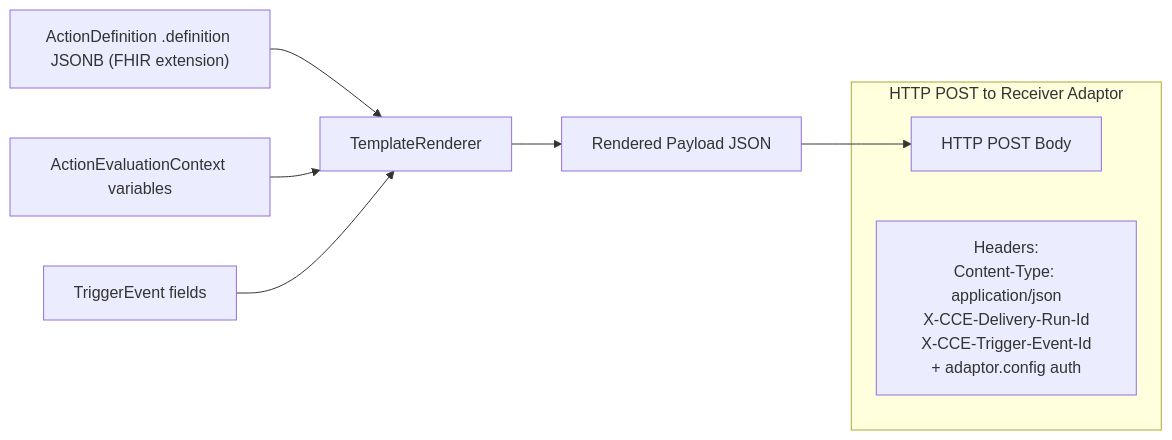
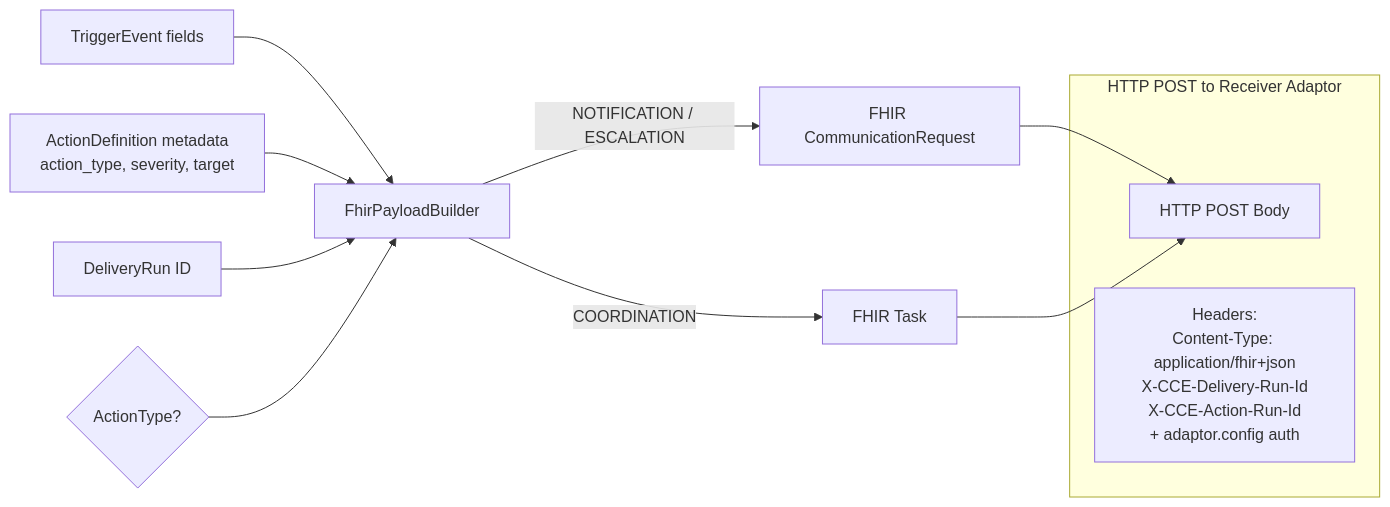
Before and after one commit to Jayaprakash8887/cce-intelligence-service: the sixth of 12 diagrams in docs/flow-diagrams.md, drawn with Mermaid. The commit also changed other lines of this file and 3 other files, not shown here.

````diff
--- a/docs/flow-diagrams.md
+++ b/docs/flow-diagrams.md
@@ -276,13 +209,16 @@
 ```mermaid
 flowchart LR
-    AD["ActionDefinition .definition JSONB (FHIR extension)"] --> TR[TemplateRenderer]
-    RC["ActionEvaluationContext variables"] --> TR
-    TE["TriggerEvent fields"] --> TR
-    TR --> P[Rendered Payload JSON]
-    P --> H[HTTP POST Body]
+    TE["TriggerEvent fields"] --> FB[FhirPayloadBuilder]
+    AD["ActionDefinition metadata<br/>action_type, severity, target"] --> FB
+    DRI["DeliveryRun ID"] --> FB
+    AT{"ActionType?"} --> FB
+    FB -->|NOTIFICATION / ESCALATION| CR["FHIR CommunicationRequest"]
+    FB -->|COORDINATION| TK["FHIR Task"]
+    CR --> H[HTTP POST Body]
+    TK --> H
 
     subgraph "HTTP POST to Receiver Adaptor"
         H
-        Headers["Headers:<br/>Content-Type: application/json<br/>X-CCE-Delivery-Run-Id<br/>X-CCE-Trigger-Event-Id<br/>+ adaptor.config auth"]
+        Headers["Headers:<br/>Content-Type: application/fhir+json<br/>X-CCE-Delivery-Run-Id<br/>X-CCE-Action-Run-Id<br/>+ adaptor.config auth"]
     end
 ```
````
